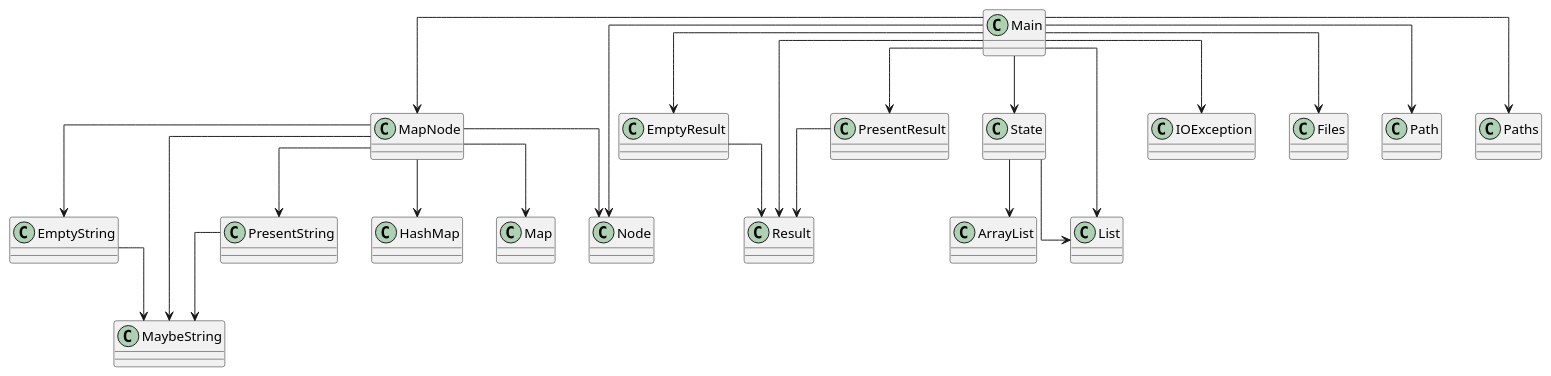
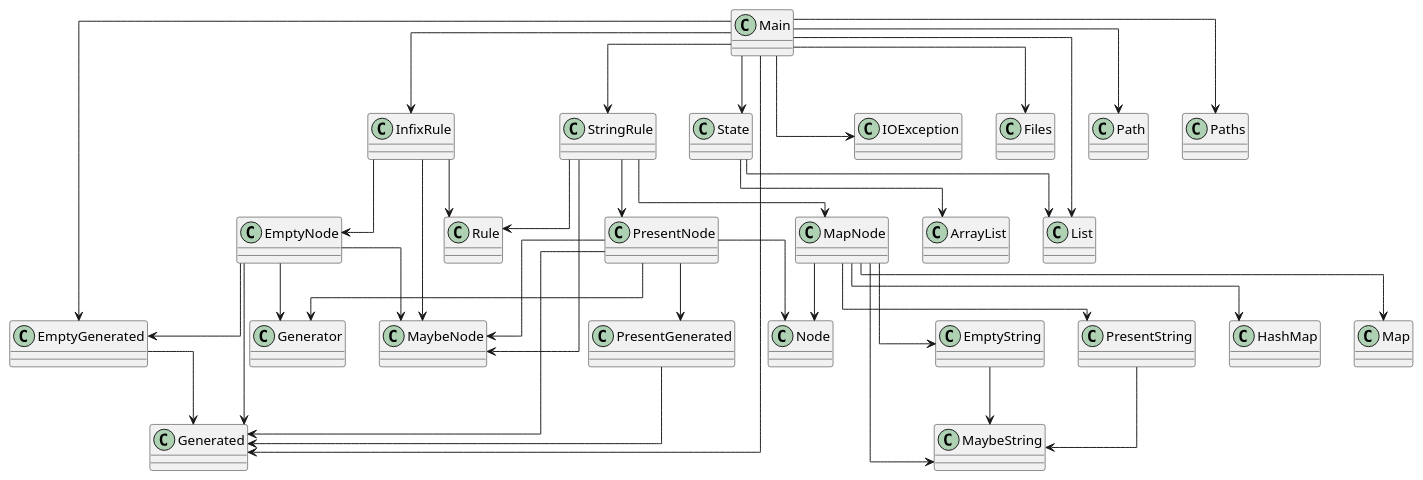
Before and after one commit to SirMathhman/Magma: the diagram in diagram.puml, drawn with PlantUML. The commit also changed 11 other files, not shown here.

```diff
--- a/diagram.puml
+++ b/diagram.puml
@@ -1,36 +1,58 @@
 @startuml
 skinparam linetype ortho
+class Generated
+class Generator
 class EmptyString
 EmptyString --> MaybeString
 class PresentString
 PresentString --> MaybeString
+class MaybeNode
 class MaybeString
+class EmptyNode
+EmptyNode --> Generated
+EmptyNode --> Generator
+EmptyNode --> MaybeNode
+EmptyNode --> EmptyGenerated
 class MapNode
 MapNode --> MaybeString
 MapNode --> Node
 MapNode --> EmptyString
 MapNode --> PresentString
 MapNode --> HashMap
 MapNode --> Map
+class PresentNode
+PresentNode --> Generated
+PresentNode --> Generator
+PresentNode --> MaybeNode
+PresentNode --> Node
+PresentNode --> PresentGenerated
 class Node
-class EmptyResult
-EmptyResult --> Result
-class PresentResult
-PresentResult --> Result
-class Result
+class EmptyGenerated
+EmptyGenerated --> Generated
+class PresentGenerated
+PresentGenerated --> Generated
+class InfixRule
+InfixRule --> MaybeNode
+InfixRule --> Rule
+InfixRule --> EmptyNode
+class StringRule
+StringRule --> MaybeNode
+StringRule --> Rule
+StringRule --> MapNode
+StringRule --> PresentNode
+class Rule
 class State
 State --> ArrayList
 State --> List
 class Main
-Main --> MapNode
-Main --> Node
-Main --> Result
+Main --> Generated
 Main --> State
-Main --> EmptyResult
-Main --> PresentResult
+Main --> InfixRule
+Main --> StringRule
+Main --> EmptyGenerated
 Main --> IOException
 Main --> Files
 Main --> Path
 Main --> Paths
 Main --> List
 @enduml
```
